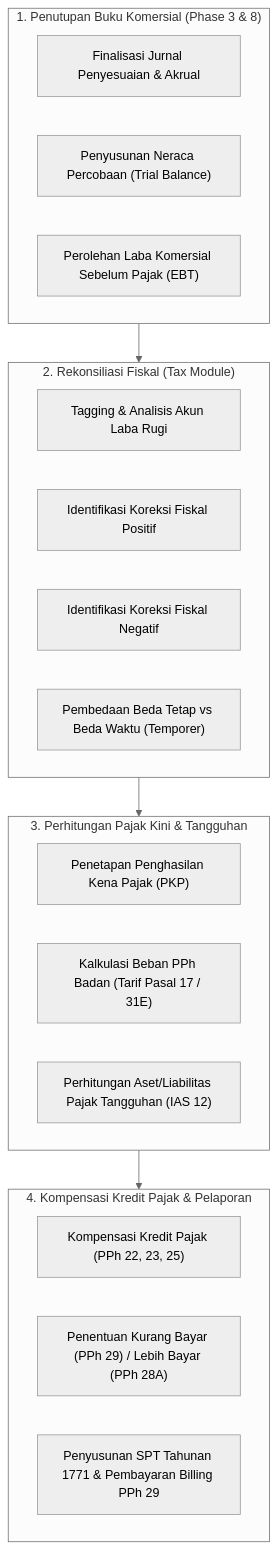
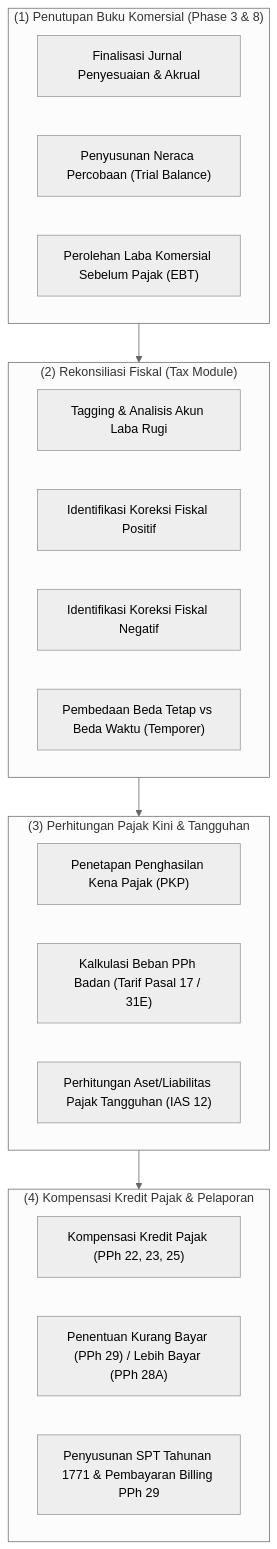
One commit to alimurrofid/erp-notes changed the diagram in content/11-tax/corporate-income-tax-fundamentals.md. Above: the diagram before and after it, drawn with Mermaid (neutral theme). The commit also changed 132 other files, not shown here.

````diff
--- a/content/11-tax/corporate-income-tax-fundamentals.md
+++ b/content/11-tax/corporate-income-tax-fundamentals.md
@@ -41,29 +41,29 @@
 ```mermaid
 flowchart TD
-    subgraph YearEndClosing["1. Penutupan Buku Komersial (Phase 3 & 8)"]
+    subgraph YearEndClosing["(1) Penutupan Buku Komersial (Phase 3 & 8)"]
         Y1["Finalisasi Jurnal Penyesuaian & Akrual"]
         Y2["Penyusunan Neraca Percobaan (Trial Balance)"]
         Y3["Perolehan Laba Komersial Sebelum Pajak (EBT)"]
     end
 
-    subgraph FiscalReconciliation["2. Rekonsiliasi Fiskal (Tax Module)"]
+    subgraph FiscalReconciliation["(2) Rekonsiliasi Fiskal (Tax Module)"]
         R1["Tagging & Analisis Akun Laba Rugi"]
         R2["Identifikasi Koreksi Fiskal Positif"]
         R3["Identifikasi Koreksi Fiskal Negatif"]
         R4["Pembedaan Beda Tetap vs Beda Waktu (Temporer)"]
     end
 
-    subgraph TaxCalculation["3. Perhitungan Pajak Kini & Tangguhan"]
+    subgraph TaxCalculation["(3) Perhitungan Pajak Kini & Tangguhan"]
         C1["Penetapan Penghasilan Kena Pajak (PKP)"]
         C2["Kalkulasi Beban PPh Badan (Tarif Pasal 17 / 31E)"]
         C3["Perhitungan Aset/Liabilitas Pajak Tangguhan (IAS 12)"]
     end
 
-    subgraph CreditSettlement["4. Kompensasi Kredit Pajak & Pelaporan"]
+    subgraph CreditSettlement["(4) Kompensasi Kredit Pajak & Pelaporan"]
         S1["Kompensasi Kredit Pajak (PPh 22, 23, 25)"]
         S2["Penentuan Kurang Bayar (PPh 29) / Lebih Bayar (PPh 28A)"]
         S3["Penyusunan SPT Tahunan 1771 & Pembayaran Billing PPh 29"]
     end
 
     YearEndClosing --> FiscalReconciliation --> TaxCalculation --> CreditSettlement
 ```
````
